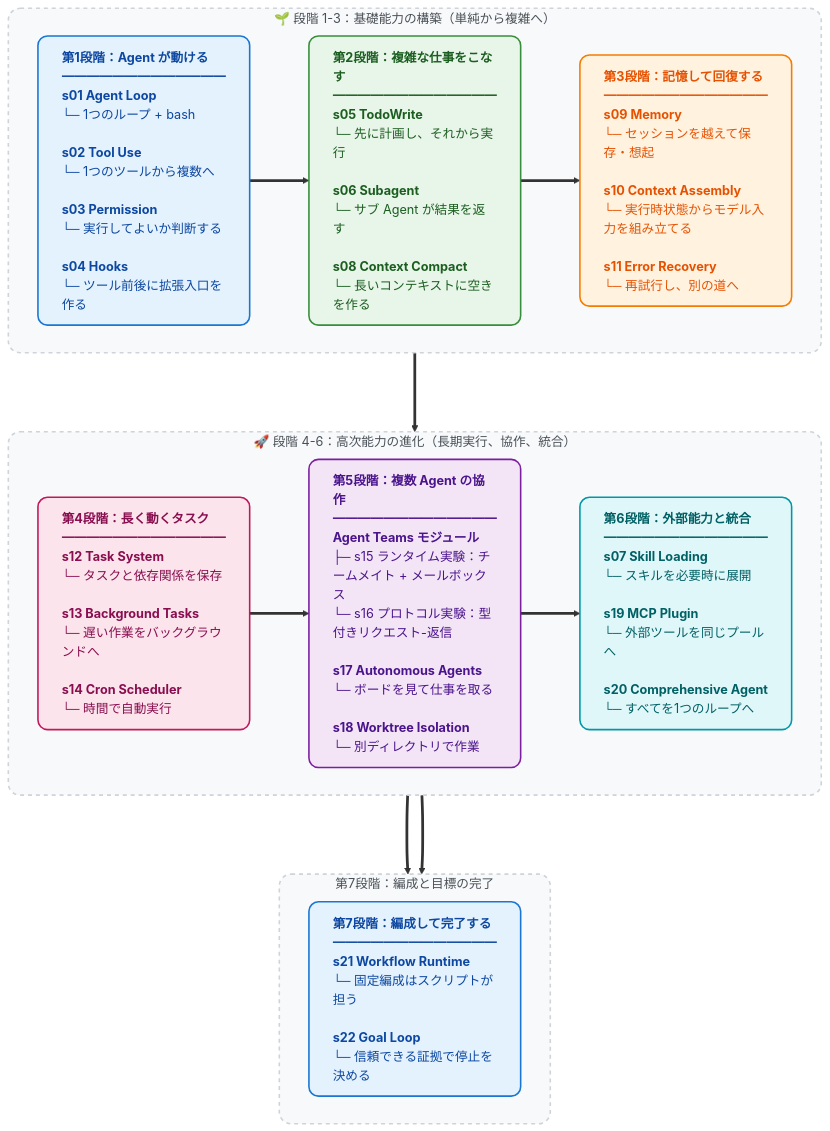
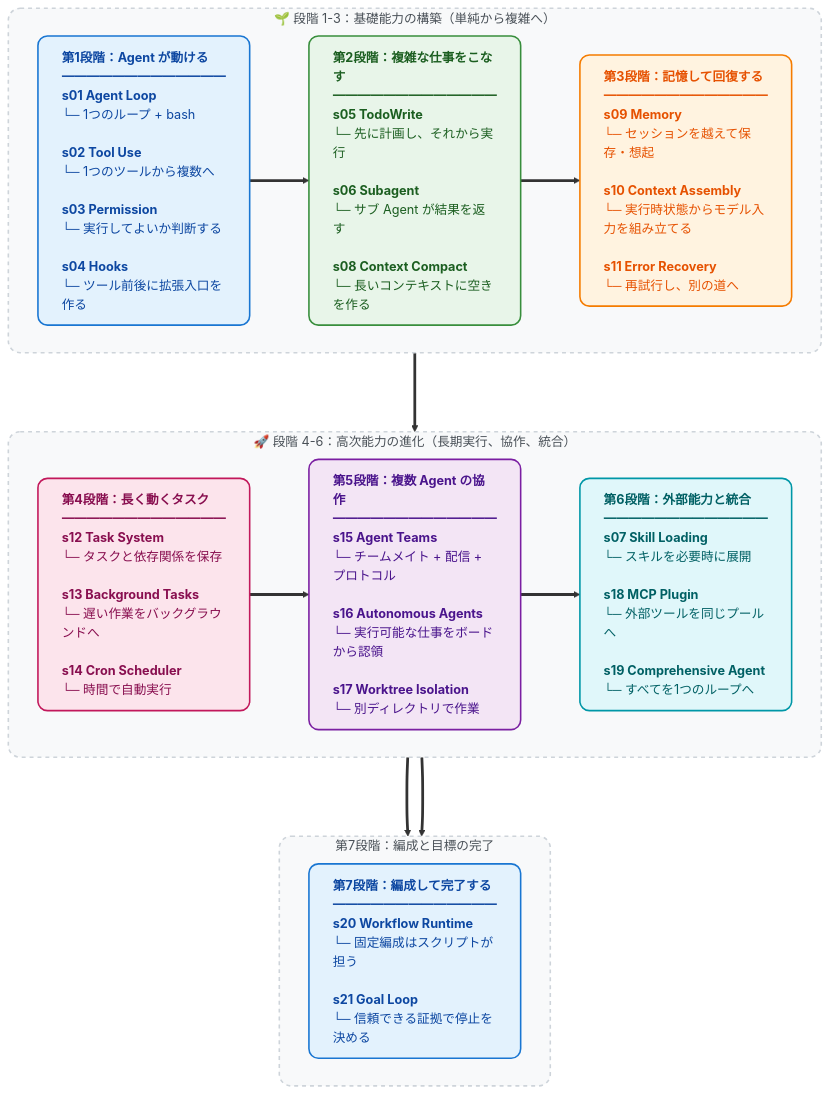
One commit to snake-fan/learn-claude-code changed the diagram in README-ja.md. Above: the diagram before and after it, drawn with Mermaid. The commit also changed other lines of this file and 246 other files, not shown here.

````diff
--- a/README-ja.md
+++ b/README-ja.md
@@ -317,49 +306,49 @@
 ```mermaid
 flowchart TD
     %% カードスタイル
     classDef stage1 fill:#E3F2FD,stroke:#1976D2,stroke-width:2px,color:#0D47A1,rx:12,ry:12,text-align:left
     classDef stage2 fill:#E8F5E9,stroke:#388E3C,stroke-width:2px,color:#1B5E20,rx:12,ry:12,text-align:left
     classDef stage3 fill:#FFF3E0,stroke:#F57C00,stroke-width:2px,color:#E65100,rx:12,ry:12,text-align:left
     classDef stage4 fill:#FCE4EC,stroke:#C2185b,stroke-width:2px,color:#880E4F,rx:12,ry:12,text-align:left
     classDef stage5 fill:#F3E5F5,stroke:#7B1FA2,stroke-width:2px,color:#4A148C,rx:12,ry:12,text-align:left
     classDef stage6 fill:#E0F7FA,stroke:#0097A7,stroke-width:2px,color:#006064,rx:12,ry:12,text-align:left
 
     %% 背景スタイル
     classDef groupBox fill:#F8F9FA,stroke:#CED4DA,stroke-width:2px,stroke-dasharray: 5 5,rx:15,ry:15,color:#495057
 
     %% 第1層：1-3段階
     subgraph Phase1 ["🌱 段階 1-3：基礎能力の構築（単純から複雑へ）"]
         direction LR
         S1["<b>第1段階：Agent が動ける</b><br/>━━━━━━━━━━━━━<br/><b>s01 Agent Loop</b><br/>└─ 1つのループ + bash<br/><br/><b>s02 Tool Use</b><br/>└─ 1つのツールから複数へ<br/><br/><b>s03 Permission</b><br/>└─ 実行してよいか判断する<br/><br/><b>s04 Hooks</b><br/>└─ ツール前後に拡張入口を作る"]:::stage1
 
         S2["<b>第2段階：複雑な仕事をこなす</b><br/>━━━━━━━━━━━━━<br/><b>s05 TodoWrite</b><br/>└─ 先に計画し、それから実行<br/><br/><b>s06 Subagent</b><br/>└─ サブ Agent が結果を返す<br/><br/><b>s08 Context Compact</b><br/>└─ 長いコンテキストに空きを作る"]:::stage2
 
         S3["<b>第3段階：記憶して回復する</b><br/>━━━━━━━━━━━━━<br/><b>s09 Memory</b><br/>└─ セッションを越えて保存・想起<br/><br/><b>s10 Context Assembly</b><br/>└─ 実行時状態からモデル入力を組み立てる<br/><br/><b>s11 Error Recovery</b><br/>└─ 再試行し、別の道へ"]:::stage3
 
         S1 ==> S2 ==> S3
     end
 
     %% 第2層：4-6段階
     subgraph Phase2 ["🚀 段階 4-6：高次能力の進化（長期実行、協作、統合）"]
         direction LR
         S4["<b>第4段階：長く動くタスク</b><br/>━━━━━━━━━━━━━<br/><b>s12 Task System</b><br/>└─ タスクと依存関係を保存<br/><br/><b>s13 Background Tasks</b><br/>└─ 遅い作業をバックグラウンドへ<br/><br/><b>s14 Cron Scheduler</b><br/>└─ 時間で自動実行"]:::stage4
 
-        S5["<b>第5段階：複数 Agent の協作</b><br/>━━━━━━━━━━━━━<br/><b>Agent Teams モジュール</b><br/>├─ s15 ランタイム実験：チームメイト + メールボックス<br/>└─ s16 プロトコル実験：型付きリクエスト-返信<br/><br/><b>s17 Autonomous Agents</b><br/>└─ ボードを見て仕事を取る<br/><br/><b>s18 Worktree Isolation</b><br/>└─ 別ディレクトリで作業"]:::stage5
+        S5["<b>第5段階：複数 Agent の協作</b><br/>━━━━━━━━━━━━━<br/><b>s15 Agent Teams</b><br/>└─ チームメイト + 配信 + プロトコル<br/><br/><b>s16 Autonomous Agents</b><br/>└─ 実行可能な仕事をボードから認領<br/><br/><b>s17 Worktree Isolation</b><br/>└─ 別ディレクトリで作業"]:::stage5
 
-        S6["<b>第6段階：外部能力と統合</b><br/>━━━━━━━━━━━━━<br/><b>s07 Skill Loading</b><br/>└─ スキルを必要時に展開<br/><br/><b>s19 MCP Plugin</b><br/>└─ 外部ツールを同じプールへ<br/><br/><b>s20 Comprehensive Agent</b><br/>└─ すべてを1つのループへ"]:::stage6
+        S6["<b>第6段階：外部能力と統合</b><br/>━━━━━━━━━━━━━<br/><b>s07 Skill Loading</b><br/>└─ スキルを必要時に展開<br/><br/><b>s18 MCP Plugin</b><br/>└─ 外部ツールを同じプールへ<br/><br/><b>s19 Comprehensive Agent</b><br/>└─ すべてを1つのループへ"]:::stage6
 
         S4 ==> S5 ==> S6
     end
 
     %% 第3層：編成と目標の完了
     subgraph Phase3 ["第7段階：編成と目標の完了"]
         direction LR
-        S7["<b>第7段階：編成して完了する</b><br/>━━━━━━━━━━━━━<br/><b>s21 Workflow Runtime</b><br/>└─ 固定編成はスクリプトが担う<br/><br/><b>s22 Goal Loop</b><br/>└─ 信頼できる証拠で停止を決める"]:::stage1
+        S7["<b>第7段階：編成して完了する</b><br/>━━━━━━━━━━━━━<br/><b>s20 Workflow Runtime</b><br/>└─ 固定編成はスクリプトが担う<br/><br/><b>s21 Goal Loop</b><br/>└─ 信頼できる証拠で停止を決める"]:::stage1
         S6 ==> S7
     end
 
     %% 3つの層を接続
     Phase1 ===> Phase2 ===> Phase3
 
     class Phase1,Phase2,Phase3 groupBox
 ```
````
